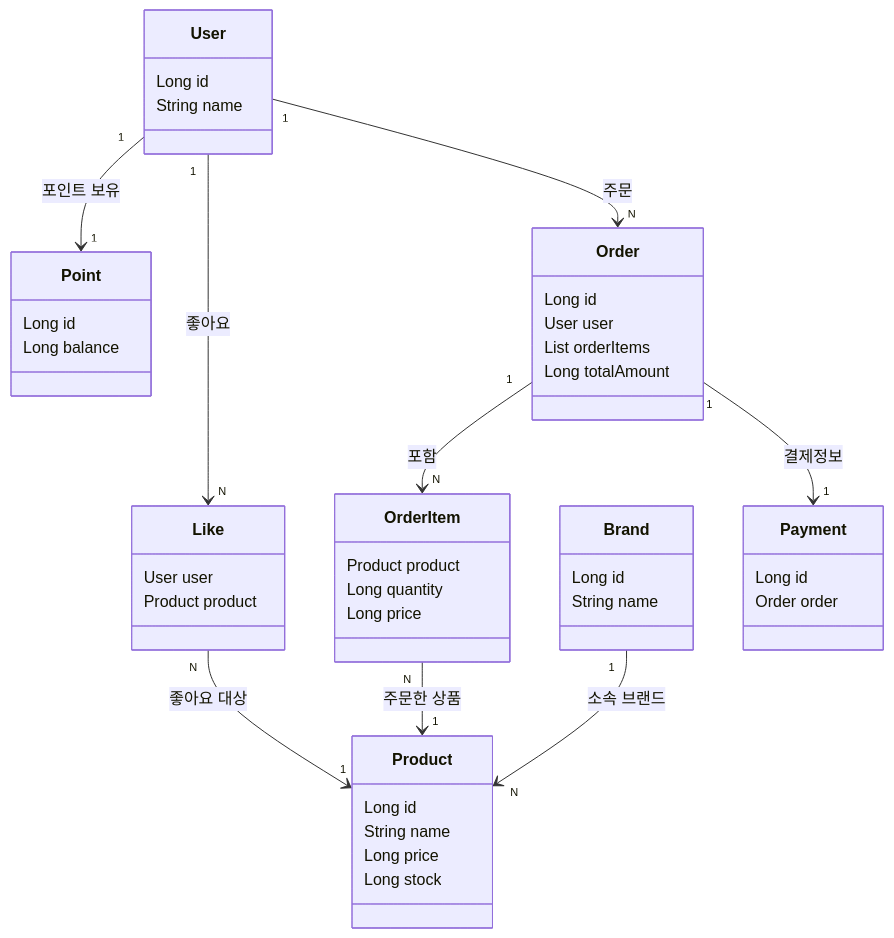
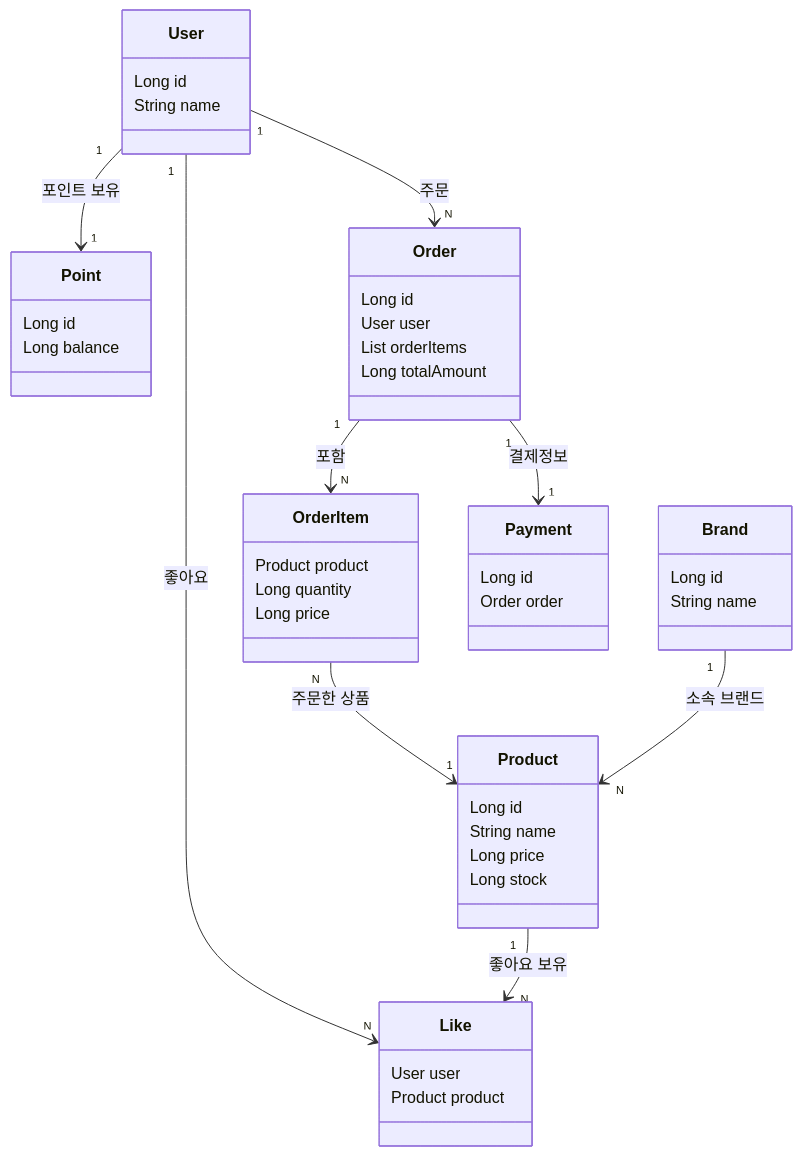
One commit to jinnie-j/loopers-ecommerce changed the diagram in docs/design/03-class-diagrams.md. Above: the diagram before and after it, drawn with Mermaid.

Commit message:
docs: 클래스 다이어그램 수정

````diff
--- a/docs/design/03-class-diagrams.md
+++ b/docs/design/03-class-diagrams.md
@@ -3,55 +3,55 @@
 ```mermaid
 classDiagram
     class User {
         Long id
         String name
     }
     class Point {
         Long id
         Long balance
     }
     class Product {
         Long id
         String name
         Long price
         Long stock
     }
 
     class Brand {
         Long id
         String name
     }
 
     class Like {
         User user
         Product product
     }
 
     class Order {
         Long id
         User user
         List orderItems
         Long totalAmount
     }
 
     class OrderItem{
         Product product
         Long quantity
         Long price
     }
     
     class Payment{
         Long id
         Order order
     }
 
     %% Associations
     User "1" --> "1" Point : 포인트 보유
     User "1" --> "N" Like : 좋아요
-    Like "N" --> "1" Product : 좋아요 대상
+    Product "1" --> "N" Like : 좋아요 보유
     User "1" --> "N" Order : 주문
     Order "1" --> "N" OrderItem : 포함
     OrderItem "N" --> "1" Product : 주문한 상품
     Brand "1" --> "N" Product : 소속 브랜드
     Order "1" --> "1" Payment : 결제정보
 ```
````
